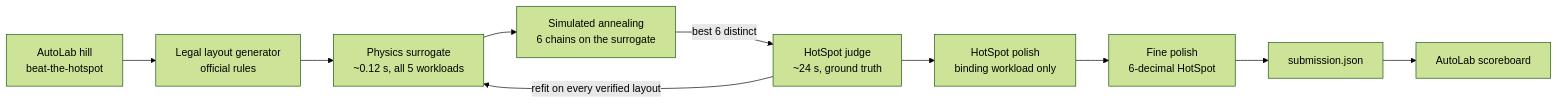
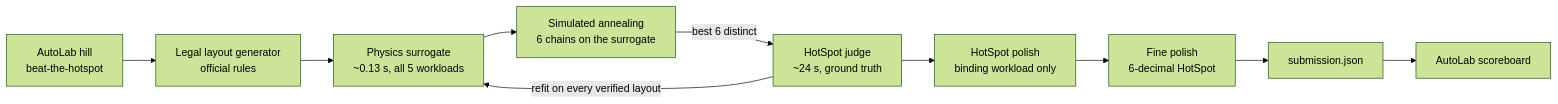
One commit to wilsonwu-ai/sundai-hack-145 changed the diagram in README.md. Above: the diagram before and after it, drawn with Mermaid (forest theme). The commit also changed other lines of this file and 11 other files, not shown here.

````diff
--- a/README.md
+++ b/README.md
@@ -43,10 +45,10 @@
 ```mermaid
 flowchart LR
   A["AutoLab hill<br/>beat-the-hotspot"] --> B["Legal layout generator<br/>official rules"]
-  B --> C["Physics surrogate<br/>~0.12 s, all 5 workloads"]
+  B --> C["Physics surrogate<br/>~0.13 s, all 5 workloads"]
   C --> D["Simulated annealing<br/>6 chains on the surrogate"]
   D -->|"best 6 distinct"| E["HotSpot judge<br/>~24 s, ground truth"]
   E -->|"refit on every verified layout"| C
   E --> F["HotSpot polish<br/>binding workload only"]
   F --> F2["Fine polish<br/>6-decimal HotSpot"] --> G["submission.json"] --> H["AutoLab scoreboard"]
 ```
````
